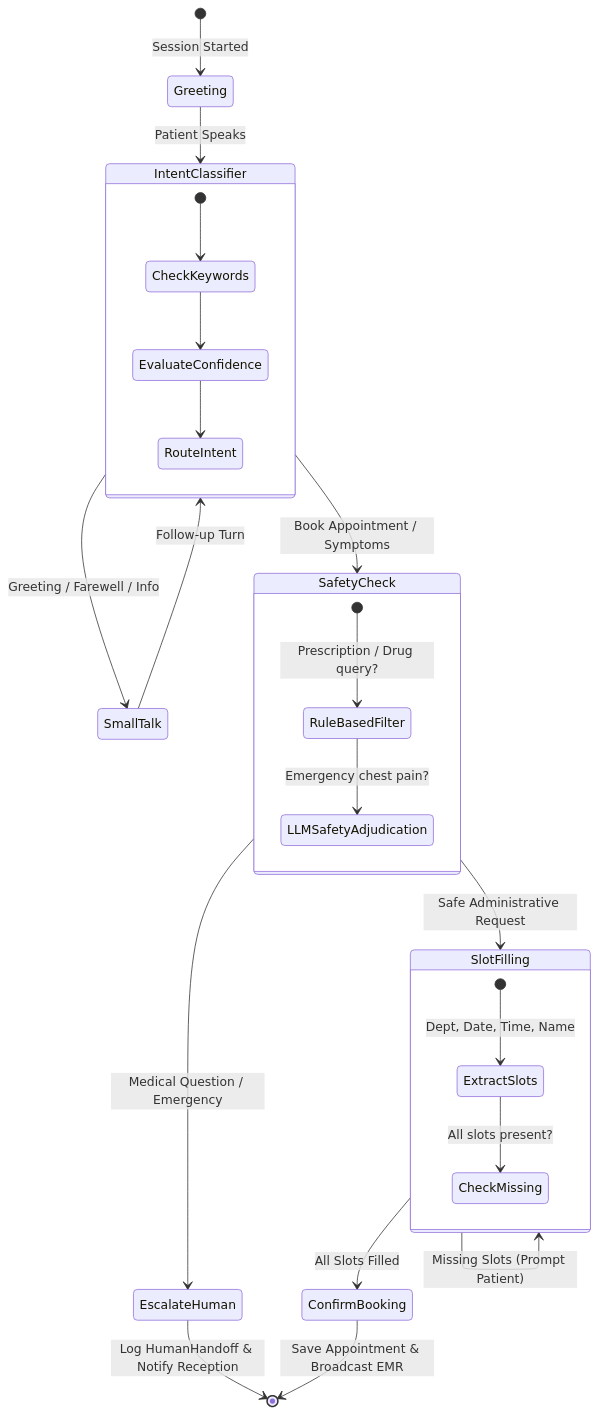
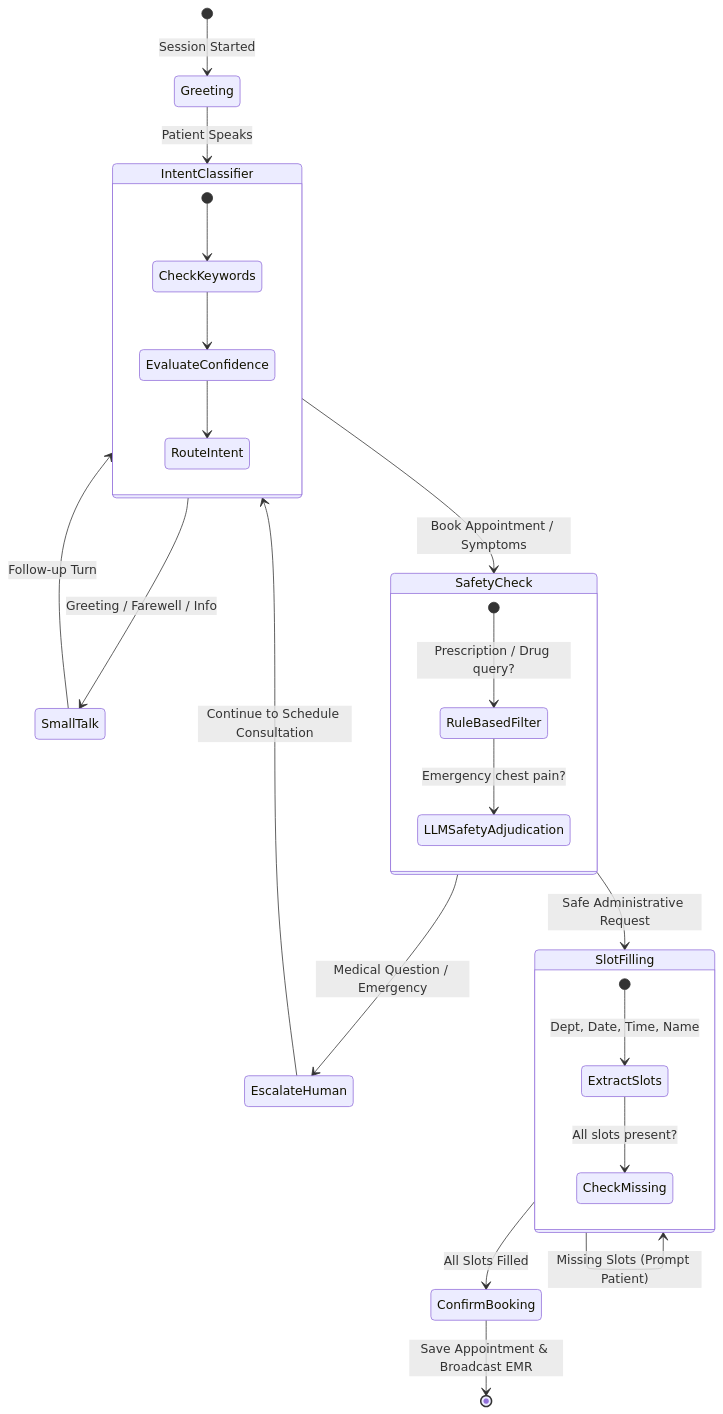
One commit to sm-daniyal/sahaya-vani changed the second of 2 diagrams in README.md. Above: the diagram before and after it, drawn with Mermaid. The commit also changed other lines of this file, not shown here.

````diff
--- a/README.md
+++ b/README.md
@@ -103,35 +131,35 @@
 ```mermaid
 stateDiagram-v2
     [*] --> Greeting: Session Started
     Greeting --> IntentClassifier: Patient Speaks
     
     state IntentClassifier {
         [*] --> CheckKeywords
         CheckKeywords --> EvaluateConfidence
         EvaluateConfidence --> RouteIntent
     }
 
     IntentClassifier --> SmallTalk: Greeting / Farewell / Info
     SmallTalk --> IntentClassifier: Follow-up Turn
     
     IntentClassifier --> SafetyCheck: Book Appointment / Symptoms
     
     state SafetyCheck {
         [*] --> RuleBasedFilter: Prescription / Drug query?
         RuleBasedFilter --> LLMSafetyAdjudication: Emergency chest pain?
     }
 
     SafetyCheck --> EscalateHuman: Medical Question / Emergency
-    EscalateHuman --> [*]: Log HumanHandoff & Notify Reception
+    EscalateHuman --> IntentClassifier: Continue to Schedule Consultation
 
     SafetyCheck --> SlotFilling: Safe Administrative Request
     
     state SlotFilling {
         [*] --> ExtractSlots: Dept, Date, Time, Name
         ExtractSlots --> CheckMissing: All slots present?
     }
 
     SlotFilling --> SlotFilling: Missing Slots (Prompt Patient)
     SlotFilling --> ConfirmBooking: All Slots Filled
     ConfirmBooking --> [*]: Save Appointment & Broadcast EMR
 ```
````
